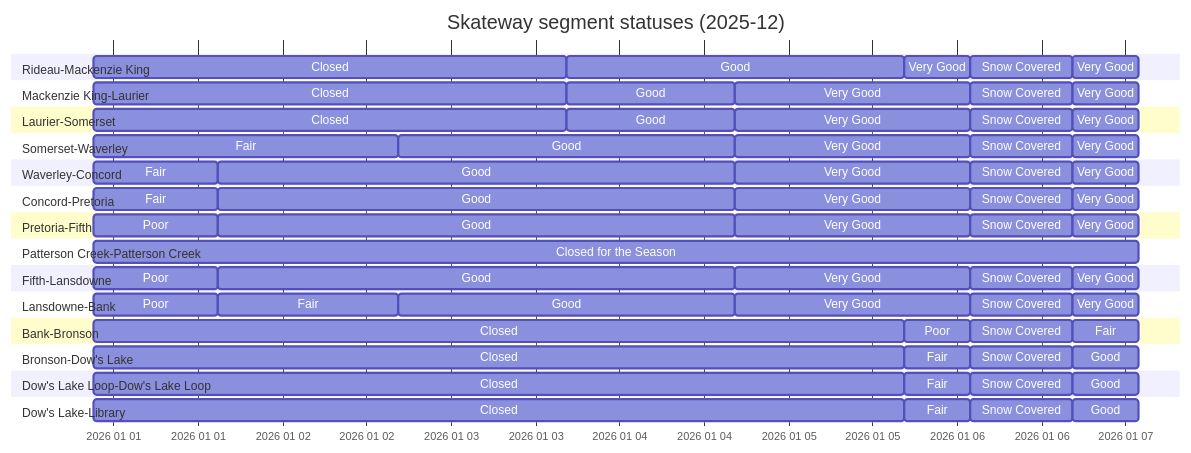
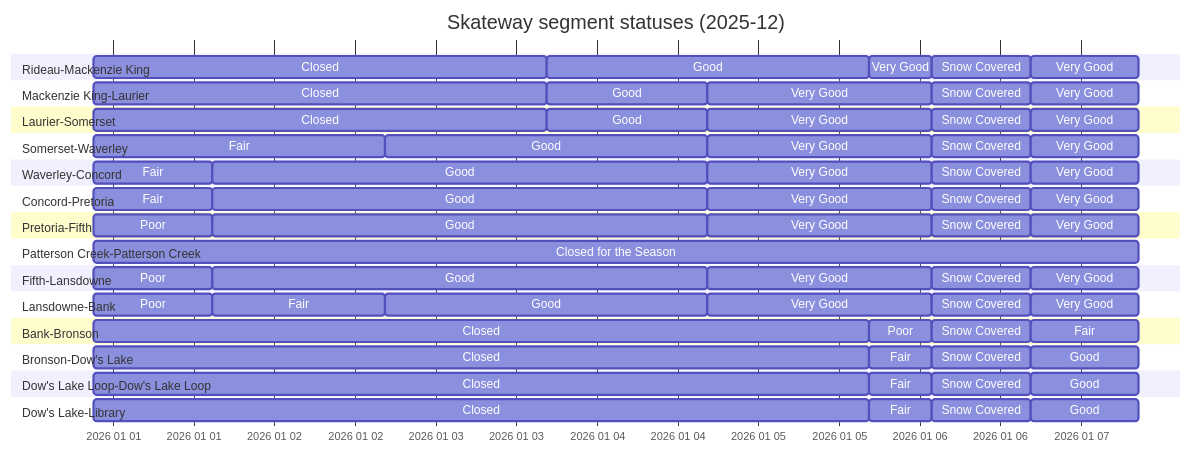
Before and after one commit to PatLittle/skateway_data: the diagram in gantt.md, drawn with Mermaid. The commit also changed 2 other files, not shown here.

````diff
--- a/gantt.md
+++ b/gantt.md
@@ -19,76 +19,76 @@
   Good: g, 2026-01-03 16:27:35, 2026-01-05 16:29:55
   Very Good: vg, 2026-01-05 16:29:55, 2026-01-06 01:51:43
   Snow Covered: sc, 2026-01-06 01:51:43, 2026-01-06 16:31:50
-  Very Good: vg, 2026-01-06 16:31:50, 2026-01-07 01:51:11
+  Very Good: vg, 2026-01-06 16:31:50, 2026-01-07 08:33:35
   section Mackenzie King-Laurier
   Closed: c, 2025-12-31 21:07:33, 2026-01-03 16:27:35
   Good: g, 2026-01-03 16:27:35, 2026-01-04 16:26:52
   Very Good: vg, 2026-01-04 16:26:52, 2026-01-06 01:51:43
   Snow Covered: sc, 2026-01-06 01:51:43, 2026-01-06 16:31:50
-  Very Good: vg, 2026-01-06 16:31:50, 2026-01-07 01:51:11
+  Very Good: vg, 2026-01-06 16:31:50, 2026-01-07 08:33:35
   section Laurier-Somerset
   Closed: c, 2025-12-31 21:07:33, 2026-01-03 16:27:35
   Good: g, 2026-01-03 16:27:35, 2026-01-04 16:26:52
   Very Good: vg, 2026-01-04 16:26:52, 2026-01-06 01:51:43
   Snow Covered: sc, 2026-01-06 01:51:43, 2026-01-06 16:31:50
-  Very Good: vg, 2026-01-06 16:31:50, 2026-01-07 01:51:11
+  Very Good: vg, 2026-01-06 16:31:50, 2026-01-07 08:33:35
   section Somerset-Waverley
   Fair: f, 2025-12-31 21:07:33, 2026-01-02 16:28:08
   Good: g, 2026-01-02 16:28:08, 2026-01-04 16:26:52
   Very Good: vg, 2026-01-04 16:26:52, 2026-01-06 01:51:43
   Snow Covered: sc, 2026-01-06 01:51:43, 2026-01-06 16:31:50
-  Very Good: vg, 2026-01-06 16:31:50, 2026-01-07 01:51:11
+  Very Good: vg, 2026-01-06 16:31:50, 2026-01-07 08:33:35
   section Waverley-Concord
   Fair: f, 2025-12-31 21:07:33, 2026-01-01 14:52:27
   Good: g, 2026-01-01 14:52:27, 2026-01-04 16:26:52
   Very Good: vg, 2026-01-04 16:26:52, 2026-01-06 01:51:43
   Snow Covered: sc, 2026-01-06 01:51:43, 2026-01-06 16:31:50
-  Very Good: vg, 2026-01-06 16:31:50, 2026-01-07 01:51:11
+  Very Good: vg, 2026-01-06 16:31:50, 2026-01-07 08:33:35
   section Concord-Pretoria
   Fair: f, 2025-12-31 21:07:33, 2026-01-01 14:52:27
   Good: g, 2026-01-01 14:52:27, 2026-01-04 16:26:52
   Very Good: vg, 2026-01-04 16:26:52, 2026-01-06 01:51:43
   Snow Covered: sc, 2026-01-06 01:51:43, 2026-01-06 16:31:50
-  Very Good: vg, 2026-01-06 16:31:50, 2026-01-07 01:51:11
+  Very Good: vg, 2026-01-06 16:31:50, 2026-01-07 08:33:35
   section Pretoria-Fifth
   Poor: p, 2025-12-31 21:07:33, 2026-01-01 14:52:27
   Good: g, 2026-01-01 14:52:27, 2026-01-04 16:26:52
   Very Good: vg, 2026-01-04 16:26:52, 2026-01-06 01:51:43
   Snow Covered: sc, 2026-01-06 01:51:43, 2026-01-06 16:31:50
-  Very Good: vg, 2026-01-06 16:31:50, 2026-01-07 01:51:11
+  Very Good: vg, 2026-01-06 16:31:50, 2026-01-07 08:33:35
   section Patterson Creek-Patterson Creek
-  Closed for the Season: cs, 2025-12-31 21:07:33, 2026-01-07 01:51:11
+  Closed for the Season: cs, 2025-12-31 21:07:33, 2026-01-07 08:33:35
   section Fifth-Lansdowne
   Poor: p, 2025-12-31 21:07:33, 2026-01-01 14:52:27
   Good: g, 2026-01-01 14:52:27, 2026-01-04 16:26:52
   Very Good: vg, 2026-01-04 16:26:52, 2026-01-06 01:51:43
   Snow Covered: sc, 2026-01-06 01:51:43, 2026-01-06 16:31:50
-  Very Good: vg, 2026-01-06 16:31:50, 2026-01-07 01:51:11
+  Very Good: vg, 2026-01-06 16:31:50, 2026-01-07 08:33:35
   section Lansdowne-Bank
   Poor: p, 2025-12-31 21:07:33, 2026-01-01 14:52:27
   Fair: f, 2026-01-01 14:52:27, 2026-01-02 16:28:08
   Good: g, 2026-01-02 16:28:08, 2026-01-04 16:26:52
   Very Good: vg, 2026-01-04 16:26:52, 2026-01-06 01:51:43
   Snow Covered: sc, 2026-01-06 01:51:43, 2026-01-06 16:31:50
-  Very Good: vg, 2026-01-06 16:31:50, 2026-01-07 01:51:11
+  Very Good: vg, 2026-01-06 16:31:50, 2026-01-07 08:33:35
   section Bank-Bronson
   Closed: c, 2025-12-31 21:07:33, 2026-01-05 16:29:55
   Poor: p, 2026-01-05 16:29:55, 2026-01-06 01:51:43
   Snow Covered: sc, 2026-01-06 01:51:43, 2026-01-06 16:31:50
-  Fair: f, 2026-01-06 16:31:50, 2026-01-07 01:51:11
+  Fair: f, 2026-01-06 16:31:50, 2026-01-07 08:33:35
   section Bronson-Dow's Lake
   Closed: c, 2025-12-31 21:07:33, 2026-01-05 16:29:55
   Fair: f, 2026-01-05 16:29:55, 2026-01-06 01:51:43
   Snow Covered: sc, 2026-01-06 01:51:43, 2026-01-06 16:31:50
-  Good: g, 2026-01-06 16:31:50, 2026-01-07 01:51:11
+  Good: g, 2026-01-06 16:31:50, 2026-01-07 08:33:35
   section Dow's Lake Loop-Dow's Lake Loop
   Closed: c, 2025-12-31 21:07:33, 2026-01-05 16:29:55
   Fair: f, 2026-01-05 16:29:55, 2026-01-06 01:51:43
   Snow Covered: sc, 2026-01-06 01:51:43, 2026-01-06 16:31:50
-  Good: g, 2026-01-06 16:31:50, 2026-01-07 01:51:11
+  Good: g, 2026-01-06 16:31:50, 2026-01-07 08:33:35
   section Dow's Lake-Library
   Closed: c, 2025-12-31 21:07:33, 2026-01-05 16:29:55
   Fair: f, 2026-01-05 16:29:55, 2026-01-06 01:51:43
   Snow Covered: sc, 2026-01-06 01:51:43, 2026-01-06 16:31:50
-  Good: g, 2026-01-06 16:31:50, 2026-01-07 01:51:11
+  Good: g, 2026-01-06 16:31:50, 2026-01-07 08:33:35
 ```
````
